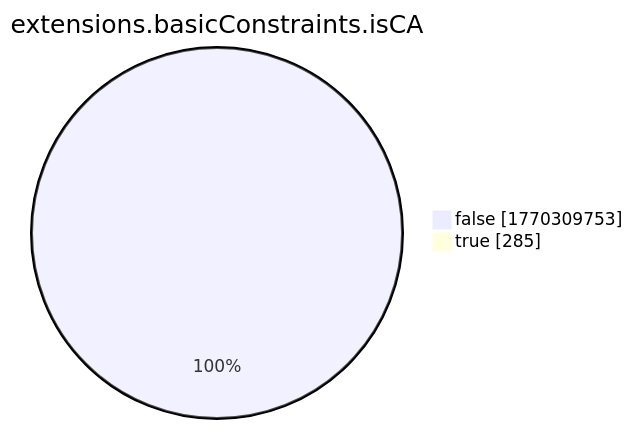
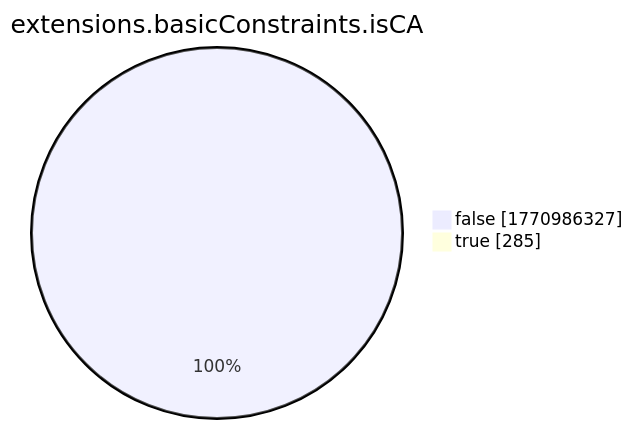
One commit to christiankrug/ctmonitor_visualization changed the eighth of 15 diagrams in xenon2022/README.md. Above: the diagram before and after it, drawn with Mermaid. The commit also changed other lines of this file, not shown here.

````diff
--- a/xenon2022/README.md
+++ b/xenon2022/README.md
@@ -2868,6 +2868,6 @@
 ```mermaid
 pie showData
 title extensions.basicConstraints.isCA
-"false" :1770309753
+"false" :1770986327
 "true" :285
 ```
````
